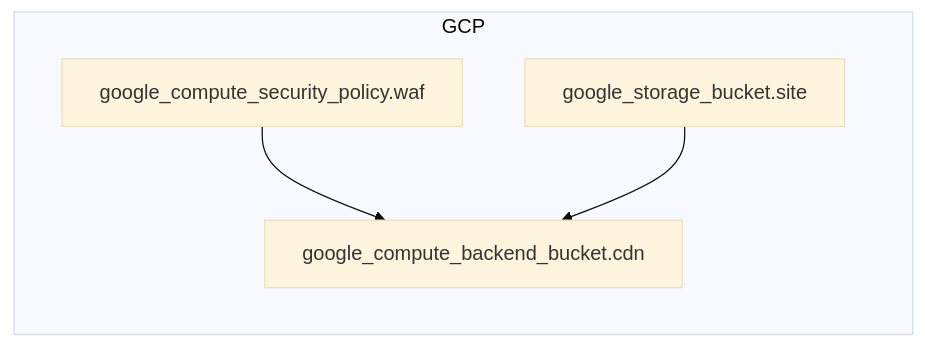
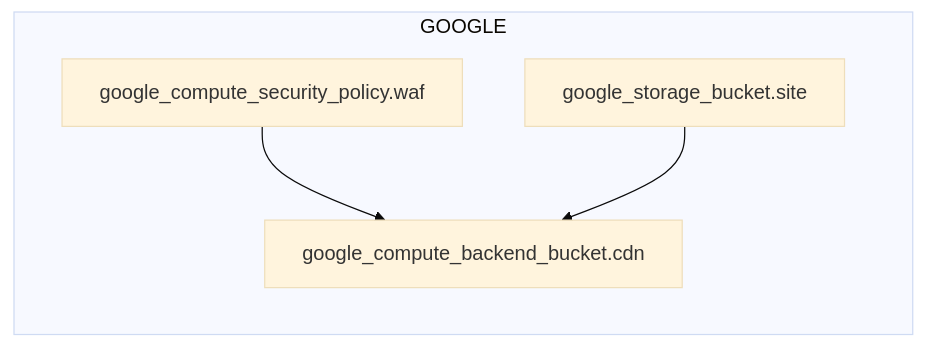
One commit to suryakumaran2611/auto-arch-diagram changed the diagram in examples/serverless-website/gcp/terraform/architecture-diagram.mmd. Above: the diagram before and after it, drawn with Mermaid (base theme). The commit also changed 2188 other files, not shown here.

```diff
--- a/examples/serverless-website/gcp/terraform/architecture-diagram.mmd
+++ b/examples/serverless-website/gcp/terraform/architecture-diagram.mmd
@@ -1,8 +1,8 @@
 flowchart LR
-subgraph GCP[GCP]
+subgraph GOOGLE[GOOGLE]
   tf_google_compute_backend_bucket_cdn["google_compute_backend_bucket.cdn"]
   tf_google_compute_security_policy_waf["google_compute_security_policy.waf"]
   tf_google_storage_bucket_site["google_storage_bucket.site"]
 end
 tf_google_compute_security_policy_waf --> tf_google_compute_backend_bucket_cdn
 tf_google_storage_bucket_site --> tf_google_compute_backend_bucket_cdn
```
